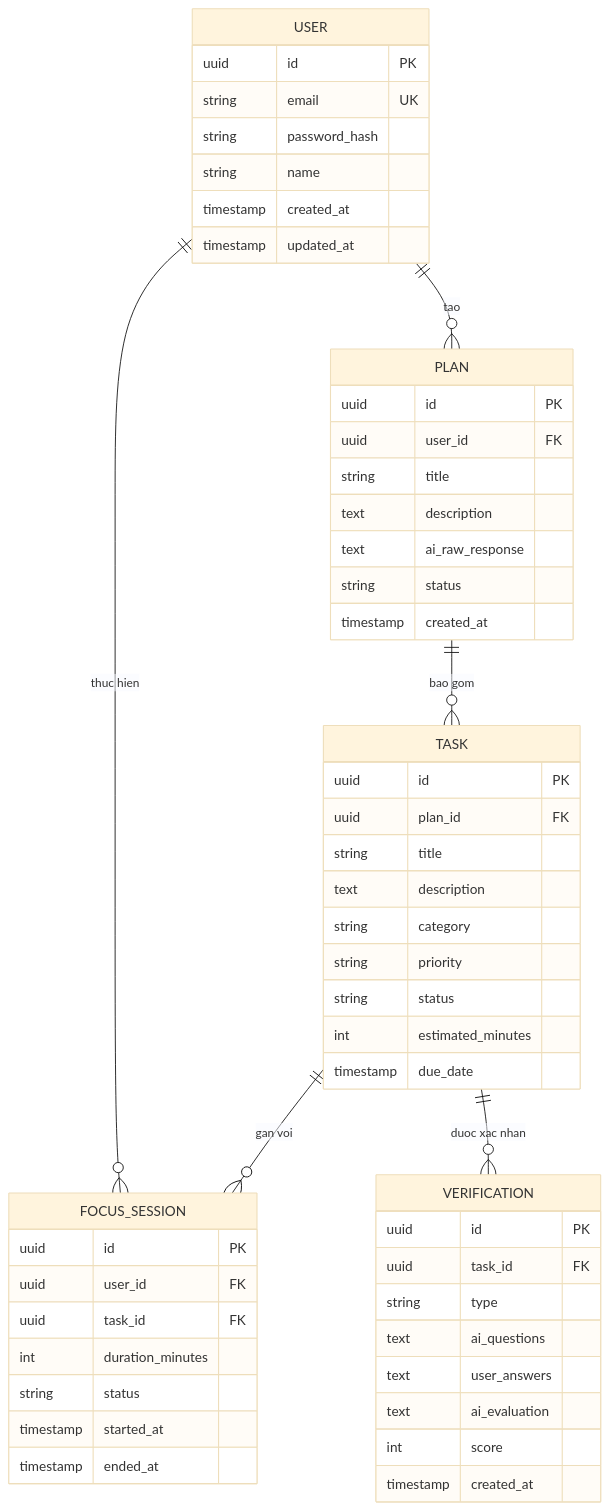
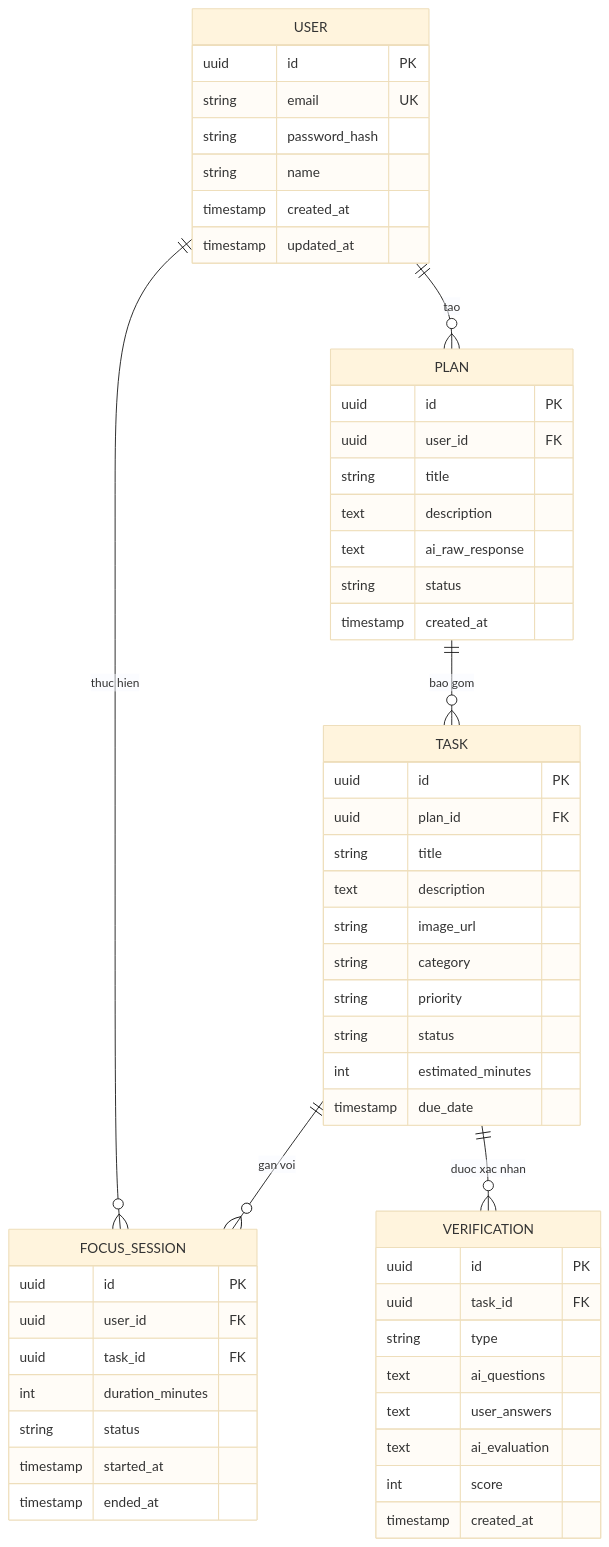
The third of 4 diagrams in docs/analysis and design/high-level-architecture.md (Lade1q/planning-ai), drawn with Mermaid (base theme) before and after one commit. The commit also changed other lines of this file and 1 other file, not shown here.

````diff
--- a/docs/analysis and design/high-level-architecture.md
+++ b/docs/analysis and design/high-level-architecture.md
@@ -163,60 +163,61 @@
 ```mermaid
 erDiagram
     USER ||--o{ PLAN : "tao"
     USER ||--o{ FOCUS_SESSION : "thuc hien"
     PLAN ||--o{ TASK : "bao gom"
     TASK ||--o{ FOCUS_SESSION : "gan voi"
     TASK ||--o{ VERIFICATION : "duoc xac nhan"
 
     USER {
         uuid id PK
         string email UK
         string password_hash
         string name
         timestamp created_at
         timestamp updated_at
     }
 
     PLAN {
         uuid id PK
         uuid user_id FK
         string title
         text description
         text ai_raw_response
         string status
         timestamp created_at
     }
 
     TASK {
         uuid id PK
         uuid plan_id FK
         string title
         text description
+        string image_url
         string category
         string priority
         string status
         int estimated_minutes
         timestamp due_date
     }
 
     FOCUS_SESSION {
         uuid id PK
         uuid user_id FK
         uuid task_id FK
         int duration_minutes
         string status
         timestamp started_at
         timestamp ended_at
     }
 
     VERIFICATION {
         uuid id PK
         uuid task_id FK
         string type
         text ai_questions
         text user_answers
         text ai_evaluation
         int score
         timestamp created_at
     }
 ```
````
